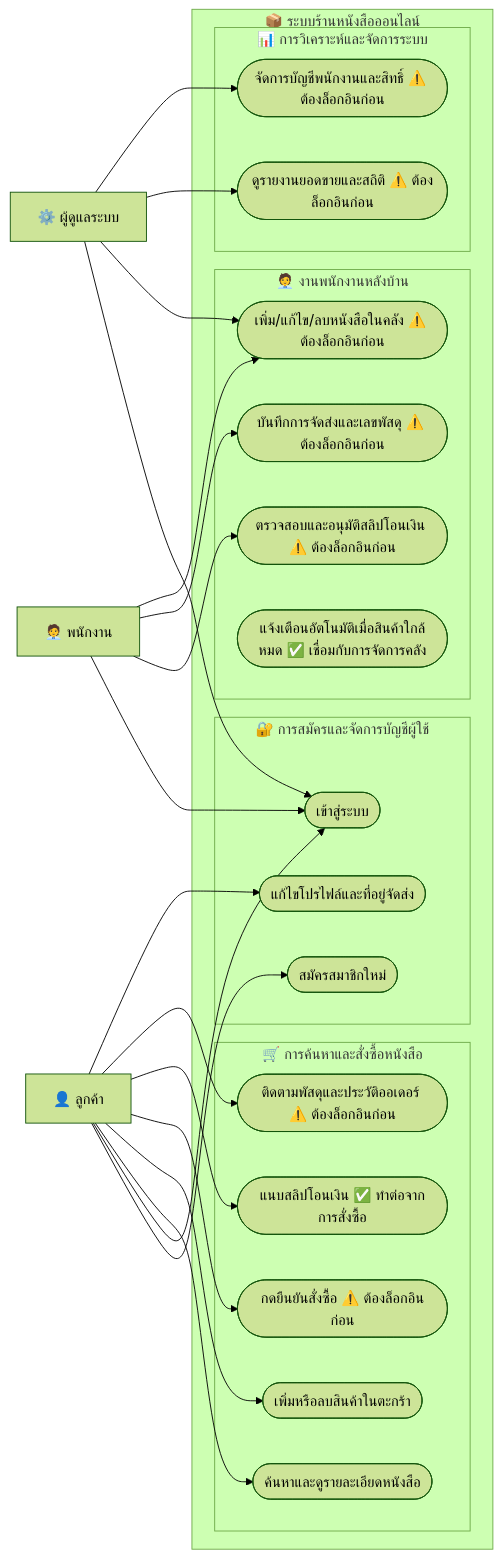
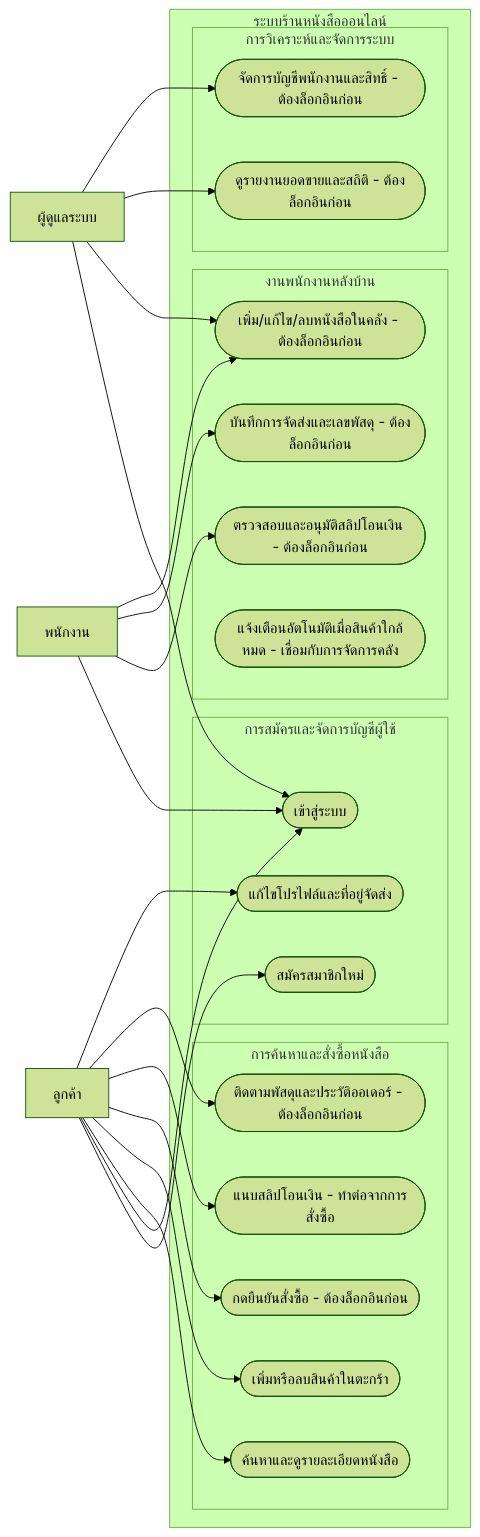
One commit to SupvichSpuGM/online-bookstore changed the first of 15 diagrams in diagram/Diagram.md. Above: the diagram before and after it, drawn with Mermaid (forest theme). The commit also changed other lines of this file and 1 other file, not shown here.

````diff
--- a/diagram/Diagram.md
+++ b/diagram/Diagram.md
@@ -10,52 +10,52 @@
 ```mermaid
 graph LR
-    Customer["👤 ลูกค้า"]
-    Staff["🧑‍💼 พนักงาน"]
-    Admin["⚙️ ผู้ดูแลระบบ"]
+  Customer["ลูกค้า"]
+  Staff["พนักงาน"]
+  Admin["ผู้ดูแลระบบ"]
 
-    subgraph System ["📦 ระบบร้านหนังสือออนไลน์"]
-        subgraph G1 ["🔐 การสมัครและจัดการบัญชีผู้ใช้"]
-            UC_Register(["สมัครสมาชิกใหม่"])
-            UC_Auth(["เข้าสู่ระบบ"])
-            UC_Profile(["แก้ไขโปรไฟล์และที่อยู่จัดส่ง"])
-        end
-        subgraph G2 ["🛒 การค้นหาและสั่งซื้อหนังสือ"]
-            UC_Search(["ค้นหาและดูรายละเอียดหนังสือ"])
-            UC_Cart(["เพิ่มหรือลบสินค้าในตะกร้า"])
-            UC_Checkout(["กดยืนยันสั่งซื้อ ⚠️ ต้องล็อกอินก่อน"])
-            UC_UploadSlip(["แนบสลิปโอนเงิน ✅ ทำต่อจากการสั่งซื้อ"])
-            UC_OrderHistory(["ติดตามพัสดุและประวัติออเดอร์ ⚠️ ต้องล็อกอินก่อน"])
-        end
-        subgraph G3 ["🧑‍💼 งานพนักงานหลังบ้าน"]
-            UC_VerifySlip(["ตรวจสอบและอนุมัติสลิปโอนเงิน ⚠️ ต้องล็อกอินก่อน"])
-            UC_ShipOrder(["บันทึกการจัดส่งและเลขพัสดุ ⚠️ ต้องล็อกอินก่อน"])
-            UC_ManageCatalog(["เพิ่ม/แก้ไข/ลบหนังสือในคลัง ⚠️ ต้องล็อกอินก่อน"])
-            UC_StockAlert(["แจ้งเตือนอัตโนมัติเมื่อสินค้าใกล้หมด ✅ เชื่อมกับการจัดการคลัง"])
-        end
-        subgraph G4 ["📊 การวิเคราะห์และจัดการระบบ"]
-            UC_Dashboard(["ดูรายงานยอดขายและสถิติ ⚠️ ต้องล็อกอินก่อน"])
-            UC_ManageUsers(["จัดการบัญชีพนักงานและสิทธิ์ ⚠️ ต้องล็อกอินก่อน"])
-        end
+  subgraph System ["ระบบร้านหนังสือออนไลน์"]
+    subgraph G1 ["การสมัครและจัดการบัญชีผู้ใช้"]
+      UC_Register(["สมัครสมาชิกใหม่"])
+      UC_Auth(["เข้าสู่ระบบ"])
+      UC_Profile(["แก้ไขโปรไฟล์และที่อยู่จัดส่ง"])
     end
+    subgraph G2 ["การค้นหาและสั่งซื้อหนังสือ"]
+      UC_Search(["ค้นหาและดูรายละเอียดหนังสือ"])
+      UC_Cart(["เพิ่มหรือลบสินค้าในตะกร้า"])
+      UC_Checkout(["กดยืนยันสั่งซื้อ - ต้องล็อกอินก่อน"])
+      UC_UploadSlip(["แนบสลิปโอนเงิน - ทำต่อจากการสั่งซื้อ"])
+      UC_OrderHistory(["ติดตามพัสดุและประวัติออเดอร์ - ต้องล็อกอินก่อน"])
+    end
+    subgraph G3 ["งานพนักงานหลังบ้าน"]
+      UC_VerifySlip(["ตรวจสอบและอนุมัติสลิปโอนเงิน - ต้องล็อกอินก่อน"])
+      UC_ShipOrder(["บันทึกการจัดส่งและเลขพัสดุ - ต้องล็อกอินก่อน"])
+      UC_ManageCatalog(["เพิ่ม/แก้ไข/ลบหนังสือในคลัง - ต้องล็อกอินก่อน"])
+      UC_StockAlert(["แจ้งเตือนอัตโนมัติเมื่อสินค้าใกล้หมด - เชื่อมกับการจัดการคลัง"])
+    end
+    subgraph G4 ["การวิเคราะห์และจัดการระบบ"]
+      UC_Dashboard(["ดูรายงานยอดขายและสถิติ - ต้องล็อกอินก่อน"])
+      UC_ManageUsers(["จัดการบัญชีพนักงานและสิทธิ์ - ต้องล็อกอินก่อน"])
+    end
+  end
 
-    Customer --> UC_Register
-    Customer --> UC_Auth
-    Customer --> UC_Search
-    Customer --> UC_Cart
-    Customer --> UC_Checkout
-    Customer --> UC_UploadSlip
-    Customer --> UC_OrderHistory
-    Customer --> UC_Profile
+  Customer --> UC_Register
+  Customer --> UC_Auth
+  Customer --> UC_Search
+  Customer --> UC_Cart
+  Customer --> UC_Checkout
+  Customer --> UC_UploadSlip
+  Customer --> UC_OrderHistory
+  Customer --> UC_Profile
 
-    Staff --> UC_Auth
-    Staff --> UC_VerifySlip
-    Staff --> UC_ShipOrder
-    Staff --> UC_ManageCatalog
+  Staff --> UC_Auth
+  Staff --> UC_VerifySlip
+  Staff --> UC_ShipOrder
+  Staff --> UC_ManageCatalog
 
-    Admin --> UC_Auth
-    Admin --> UC_ManageCatalog
-    Admin --> UC_Dashboard
-    Admin --> UC_ManageUsers
+  Admin --> UC_Auth
+  Admin --> UC_ManageCatalog
+  Admin --> UC_Dashboard
+  Admin --> UC_ManageUsers
 
 
 ```
````
